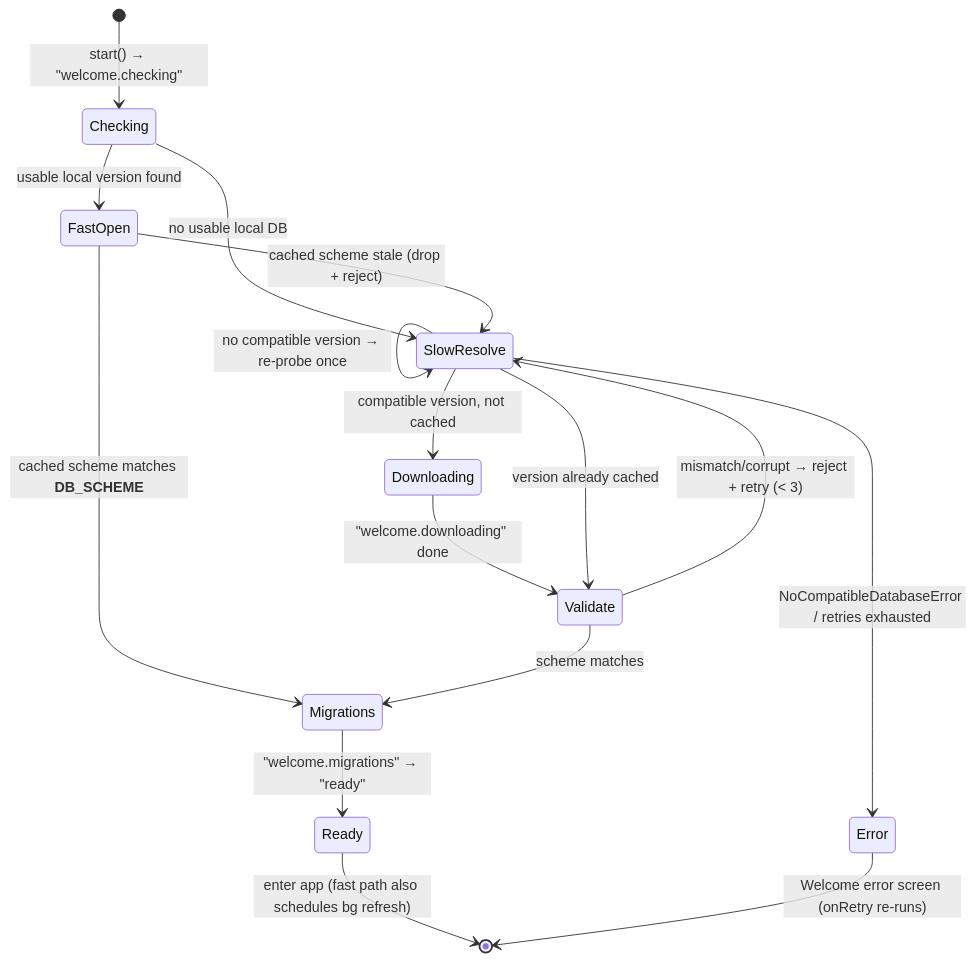
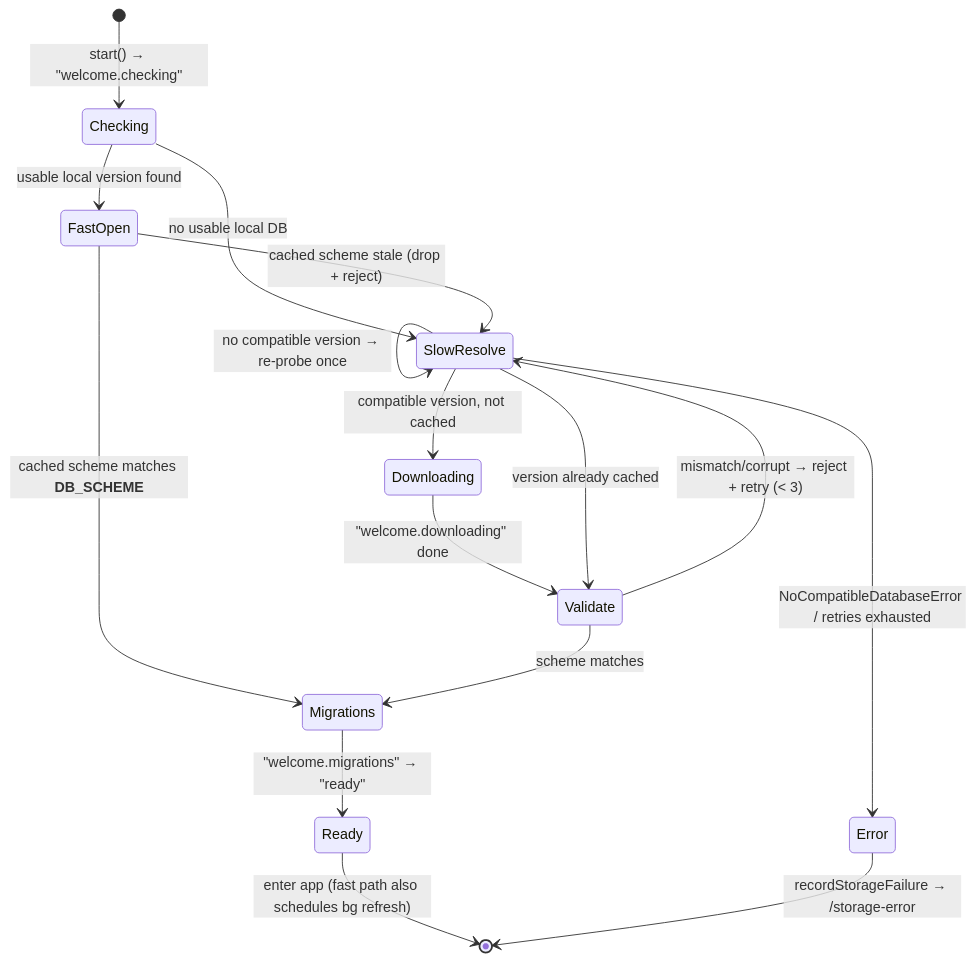
Before and after one commit to jiva-studio/shruti: the third of 3 diagrams in docs/repos/shruti/architecture/flows/content-db-refresh.md, drawn with Mermaid. The commit also changed other lines of this file and 787 other files, not shown here.

````diff
--- a/docs/repos/shruti/architecture/flows/content-db-refresh.md
+++ b/docs/repos/shruti/architecture/flows/content-db-refresh.md
@@ -120,21 +120,21 @@
 ```mermaid
 stateDiagram-v2
     [*] --> Checking : start() → "welcome.checking"
     Checking --> FastOpen : usable local version found
     Checking --> SlowResolve : no usable local DB
 
     FastOpen --> Migrations : cached scheme matches __DB_SCHEME__
     FastOpen --> SlowResolve : cached scheme stale (drop + reject)
 
     SlowResolve --> Downloading : compatible version, not cached
     SlowResolve --> SlowResolve : no compatible version → re-probe once
     SlowResolve --> Error : NoCompatibleDatabaseError / retries exhausted
     Downloading --> Validate : "welcome.downloading" done
     SlowResolve --> Validate : version already cached
     Validate --> Migrations : scheme matches
     Validate --> SlowResolve : mismatch/corrupt → reject + retry (< 3)
 
     Migrations --> Ready : "welcome.migrations" → "ready"
     Ready --> [*] : enter app (fast path also schedules bg refresh)
-    Error --> [*] : Welcome error screen (onRetry re-runs)
+    Error --> [*] : recordStorageFailure → /storage-error
 ```
````
